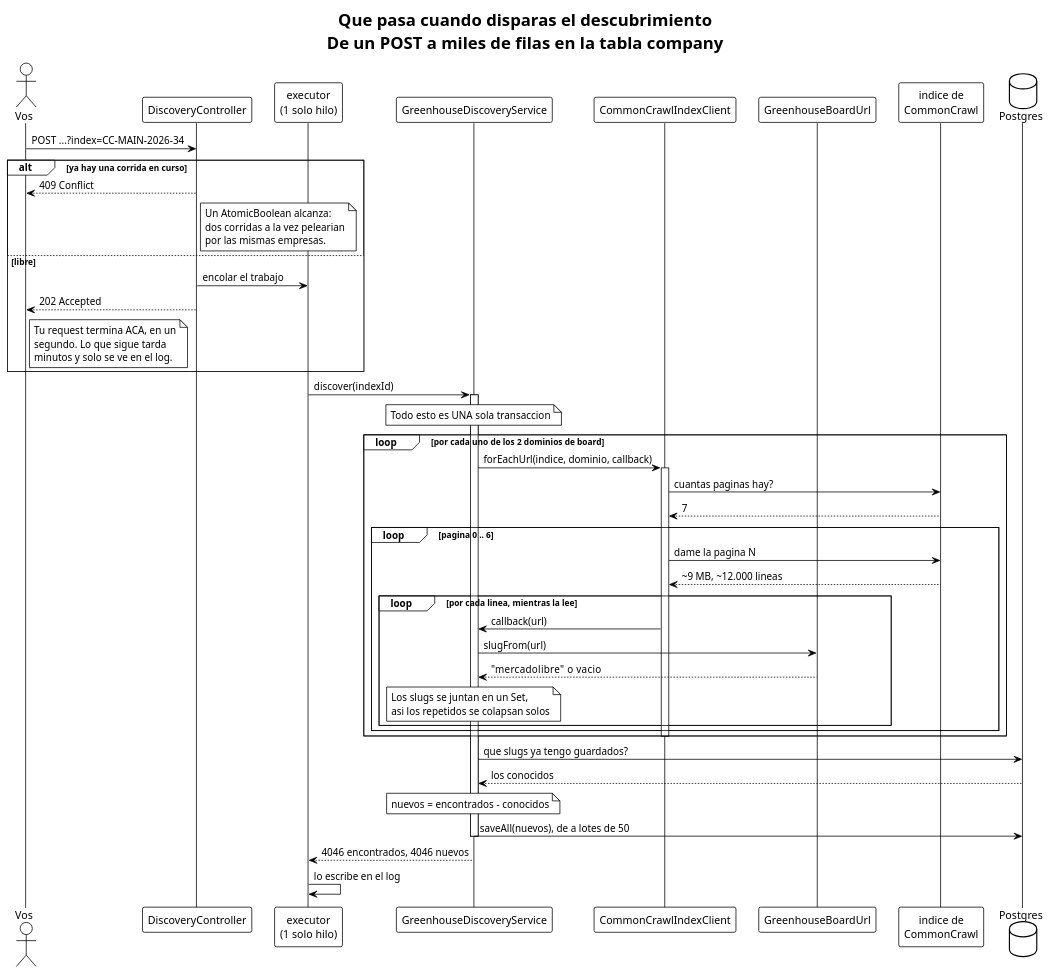
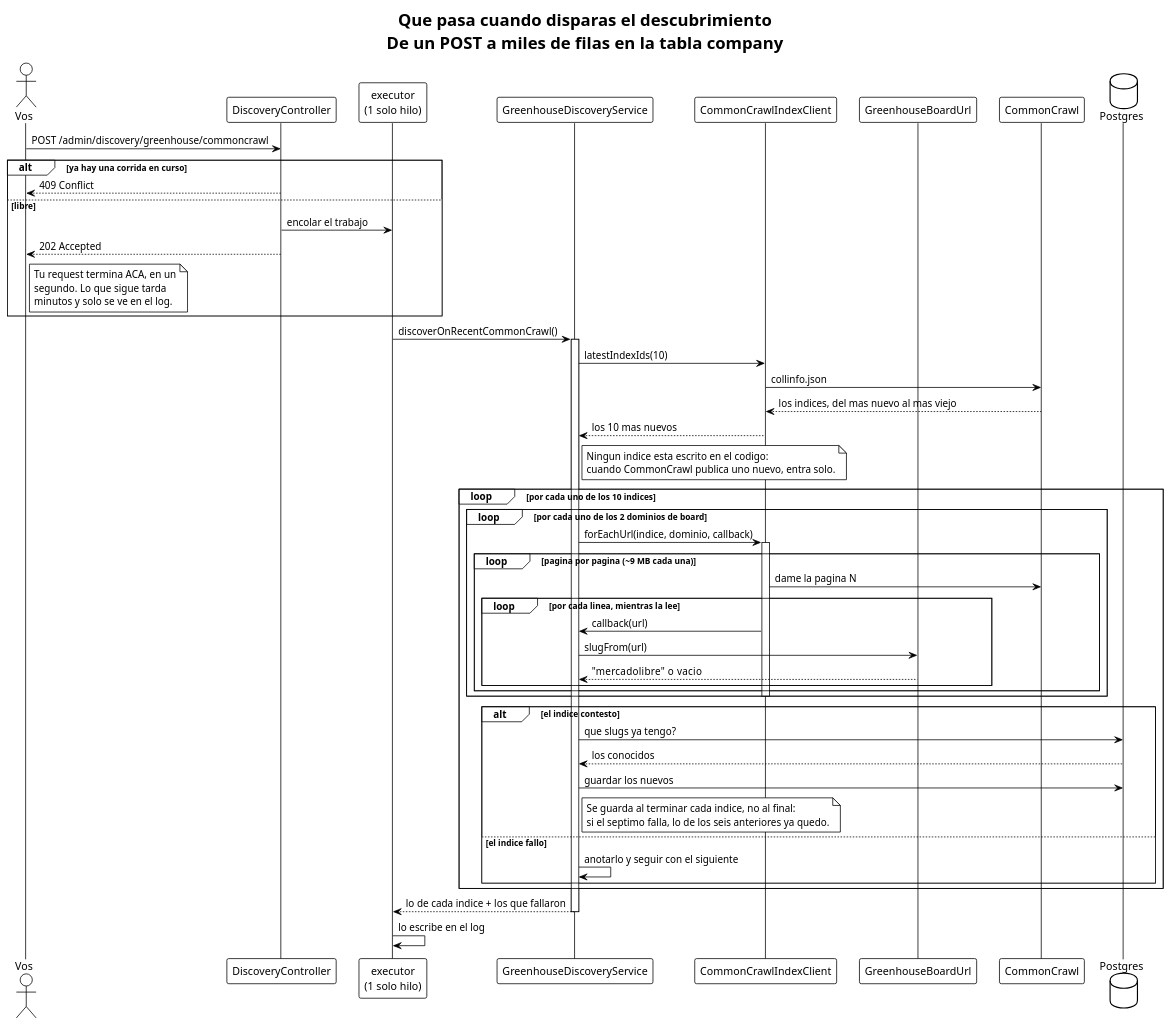
Before and after one commit to EliasNAires/oneprofile: the diagram in docs/para-humanos/diagramas/flujo-descubrimiento.puml, drawn with PlantUML. The commit also changed 20 other files, not shown here.

```diff
--- a/docs/para-humanos/diagramas/flujo-descubrimiento.puml
+++ b/docs/para-humanos/diagramas/flujo-descubrimiento.puml
@@ -1,69 +1,74 @@
 @startuml flujo-descubrimiento
 !theme plain
 title Que pasa cuando disparas el descubrimiento\nDe un POST a miles de filas en la tabla company
 
 skinparam shadowing false
 skinparam responseMessageBelowArrow true
 
 actor Vos as you
 participant "DiscoveryController" as ctrl
 participant "executor\n(1 solo hilo)" as exec
 participant "GreenhouseDiscoveryService" as svc
 participant "CommonCrawlIndexClient" as client
 participant "GreenhouseBoardUrl" as url
-participant "indice de\nCommonCrawl" as cc
+participant "CommonCrawl" as cc
 database "Postgres" as db
 
-you -> ctrl : POST ...?index=CC-MAIN-2026-34
+you -> ctrl : POST /admin/discovery/greenhouse/commoncrawl
 
 alt ya hay una corrida en curso
   ctrl --> you : 409 Conflict
-  note right of ctrl
-    Un AtomicBoolean alcanza:
-    dos corridas a la vez pelearian
-    por las mismas empresas.
-  end note
 else libre
   ctrl -> exec : encolar el trabajo
   ctrl --> you : 202 Accepted
   note right of you
     Tu request termina ACA, en un
     segundo. Lo que sigue tarda
     minutos y solo se ve en el log.
   end note
 end
 
-exec -> svc : discover(indexId)
+exec -> svc : discoverOnRecentCommonCrawl()
 activate svc
-note over svc : Todo esto es UNA sola transaccion
+svc -> client : latestIndexIds(10)
+client -> cc : collinfo.json
+cc --> client : los indices, del mas nuevo al mas viejo
+client --> svc : los 10 mas nuevos
+note right of svc
+  Ningun indice esta escrito en el codigo:
+  cuando CommonCrawl publica uno nuevo, entra solo.
+end note
 
-loop por cada uno de los 2 dominios de board
-  svc -> client : forEachUrl(indice, dominio, callback)
-  activate client
-  client -> cc : cuantas paginas hay?
-  cc --> client : 7
+loop por cada uno de los 10 indices
+  loop por cada uno de los 2 dominios de board
+    svc -> client : forEachUrl(indice, dominio, callback)
+    activate client
+    loop pagina por pagina (~9 MB cada una)
+      client -> cc : dame la pagina N
+      loop por cada linea, mientras la lee
+        client -> svc : callback(url)
+        svc -> url : slugFrom(url)
+        url --> svc : "mercadolibre"  o  vacio
+      end
+    end
+    deactivate client
+  end
 
-  loop pagina 0 .. 6
-    client -> cc : dame la pagina N
-    cc --> client : ~9 MB, ~12.000 lineas
-
-    loop por cada linea, mientras la lee
-      client -> svc : callback(url)
-      svc -> url : slugFrom(url)
-      url --> svc : "mercadolibre"  o  vacio
-      note over svc : Los slugs se juntan en un Set,\nasi los repetidos se colapsan solos
-    end
+  alt el indice contesto
+    svc -> db : que slugs ya tengo?
+    db --> svc : los conocidos
+    svc -> db : guardar los nuevos
+    note right of svc
+      Se guarda al terminar cada indice, no al final:
+      si el septimo falla, lo de los seis anteriores ya quedo.
+    end note
+  else el indice fallo
+    svc -> svc : anotarlo y seguir con el siguiente
   end
-  deactivate client
 end
 
-svc -> db : que slugs ya tengo guardados?
-db --> svc : los conocidos
-note over svc : nuevos = encontrados - conocidos
-svc -> db : saveAll(nuevos), de a lotes de 50
+svc --> exec : lo de cada indice + los que fallaron
 deactivate svc
-
-svc --> exec : 4046 encontrados, 4046 nuevos
 exec -> exec : lo escribe en el log
 
 @enduml
```
